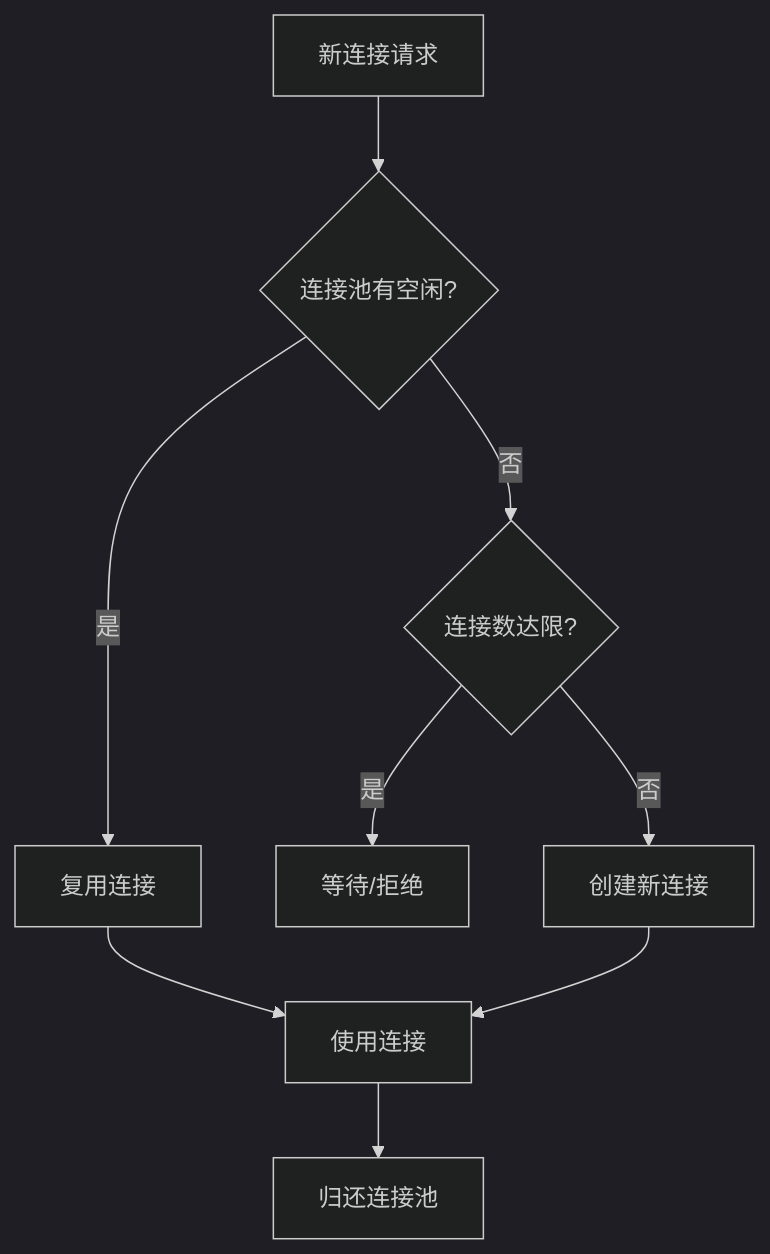
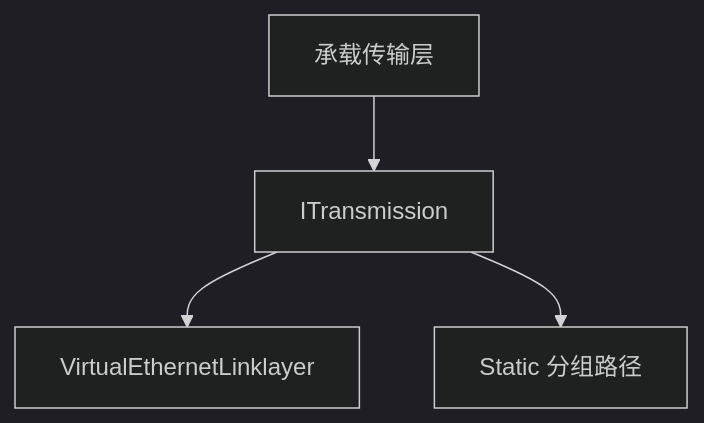
One commit to HyacinthHaru/openppp2 changed the diagram in docs/TUNNEL_DESIGN_CN.md. Above: the diagram before and after it, drawn with Mermaid (dark theme). The commit also changed other lines of this file and 45 other files, not shown here.

````diff
--- a/docs/TUNNEL_DESIGN_CN.md
+++ b/docs/TUNNEL_DESIGN_CN.md
@@ -664,11 +11,6 @@
 ```mermaid
-flowchart TD
-    A[新连接请求] --> B{连接池有空闲?}
-    B -->|是| C[复用连接]
-    B -->|否| D{连接数达限?}
-    D -->|是| E[等待/拒绝]
-    D -->|否| F[创建新连接]
-    C --> G[使用连接]
-    F --> G
-    G --> H[归还连接池]
+graph TB
+    A[承载传输层] --> B[ITransmission]
+    B --> C[VirtualEthernetLinklayer]
+    B --> D[Static 分组路径]
 ```
````
